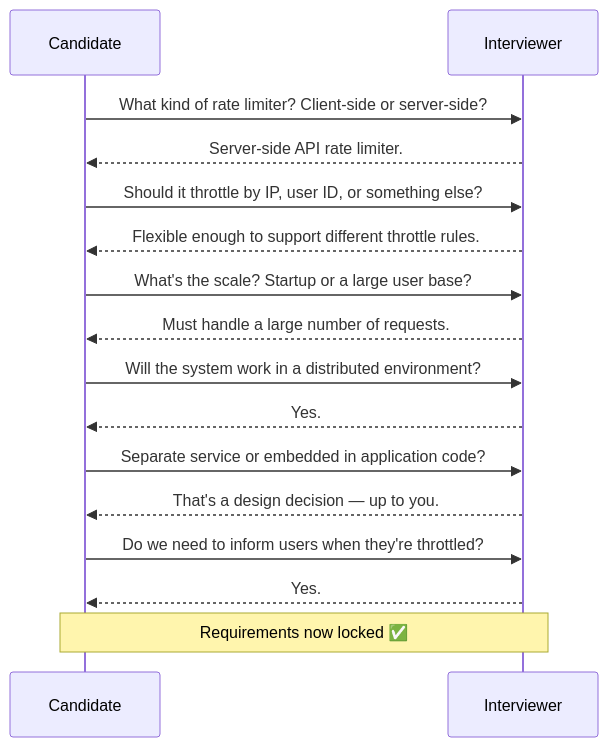
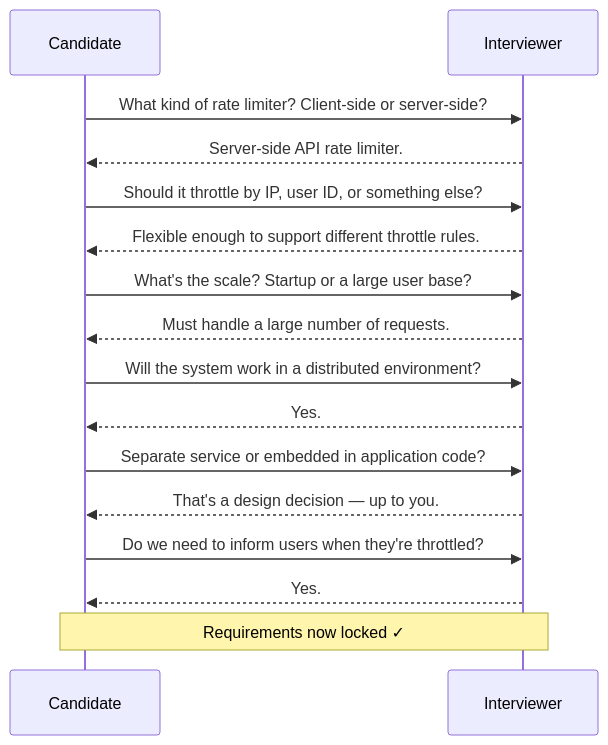
One commit to devops-monk/system-design-blog changed the second of 26 diagrams in content/posts/2026/design-a-rate-limiter.md. Above: the diagram before and after it, drawn with Mermaid. The commit also changed other lines of this file and 5 other files, not shown here.

````diff
--- a/content/posts/2026/design-a-rate-limiter.md
+++ b/content/posts/2026/design-a-rate-limiter.md
@@ -65,25 +65,25 @@
 ```mermaid
 sequenceDiagram
     participant C as Candidate
     participant I as Interviewer
 
     C->>I: What kind of rate limiter? Client-side or server-side?
     I-->>C: Server-side API rate limiter.
 
     C->>I: Should it throttle by IP, user ID, or something else?
     I-->>C: Flexible enough to support different throttle rules.
 
     C->>I: What's the scale? Startup or a large user base?
     I-->>C: Must handle a large number of requests.
 
     C->>I: Will the system work in a distributed environment?
     I-->>C: Yes.
 
     C->>I: Separate service or embedded in application code?
     I-->>C: That's a design decision — up to you.
 
     C->>I: Do we need to inform users when they're throttled?
     I-->>C: Yes.
 
-    Note over C,I: Requirements now locked ✅
+    Note over C,I: Requirements now locked ✓
 ```
````
